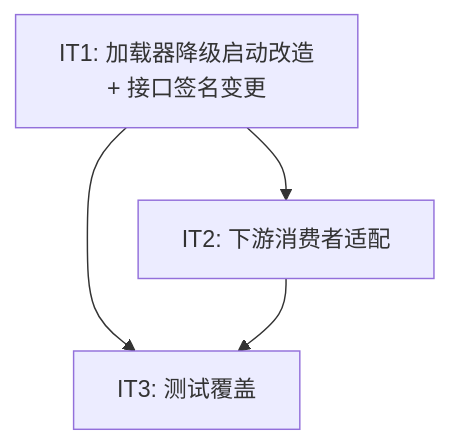
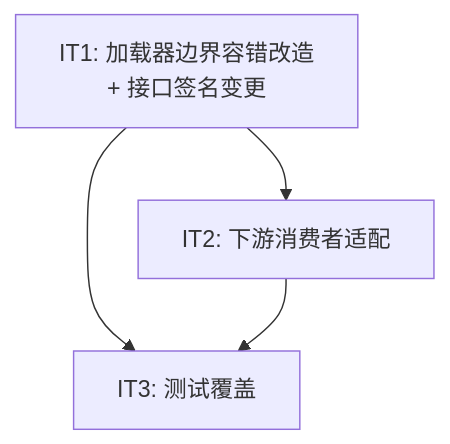
Before and after one commit to xnslong/rc_xnslong: the diagram in doc/requirements/202605-notification-dev-plan3.md, drawn with Mermaid. The commit also changed other lines of this file and 3 other files, not shown here.

````diff
--- a/doc/requirements/202605-notification-dev-plan3.md
+++ b/doc/requirements/202605-notification-dev-plan3.md
@@ -240,10 +240,10 @@
 ```mermaid
 flowchart TD
-    IT1["IT1: 加载器降级启动改造\n+ 接口签名变更"]
+    IT1["IT1: 加载器边界容错改造\n+ 接口签名变更"]
     IT2["IT2: 下游消费者适配"]
     IT3["IT3: 测试覆盖"]
 
     IT1 --> IT2
     IT1 --> IT3
     IT2 --> IT3
 ```
````
